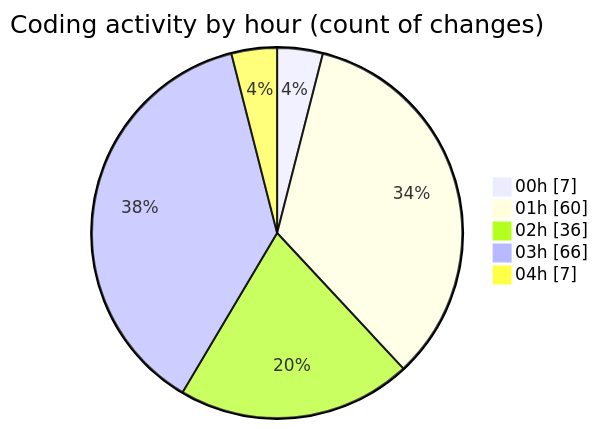
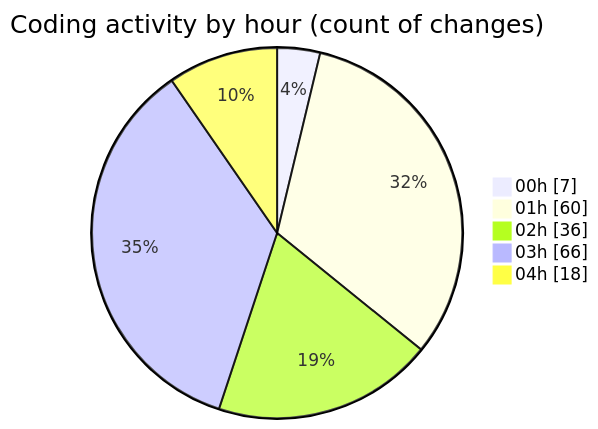
One commit to julien-gomy/code-tracking changed the second of 2 diagrams in 2025-10-07/eventscop-frontend-guide__workspace_/README.md. Above: the diagram before and after it, drawn with Mermaid. The commit also changed other lines of this file and 1 other file, not shown here.

````diff
--- a/2025-10-07/eventscop-frontend-guide__workspace_/README.md
+++ b/2025-10-07/eventscop-frontend-guide__workspace_/README.md
@@ -93,9 +93,9 @@
 ```mermaid
 pie showData
 title Coding activity by hour (count of changes)
 "00h" : 7
 "01h" : 60
 "02h" : 36
 "03h" : 66
-"04h" : 7
+"04h" : 18
 ```
````
